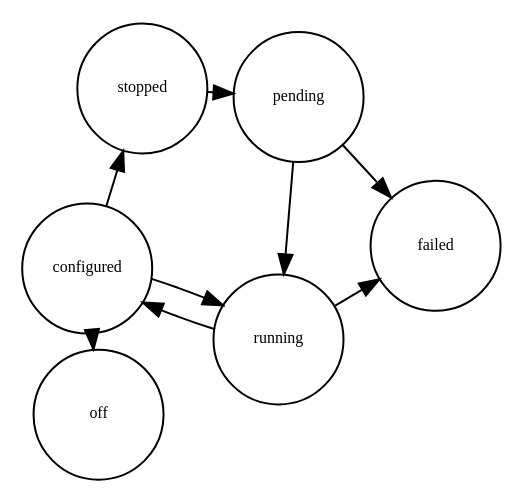
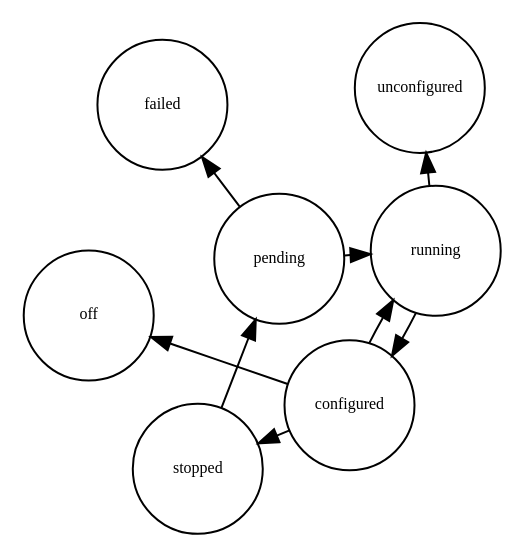
The diagram in doc/source/xmlrpc.rst (grycap/im), drawn with Graphviz before and after one commit. The commit also changed other lines of this file and 9 other files, not shown here.

```diff
--- a/doc/source/xmlrpc.rst
+++ b/doc/source/xmlrpc.rst
@@ -68,10 +86,10 @@
    .. digraph:: stategraph
    
       layout=fdp;
       node [shape=circle, fontsize=8, fixedsize=true, height=.9, weight=.9];
       "pending" -> "running" -> "configured" -> "off" ;
       "pending" -> "failed";
-      "running" -> "failed";
+      "running" -> "unconfigured";
       "configured" -> "stopped";
       "configured" -> "running";
       "stopped" -> "pending";
```
